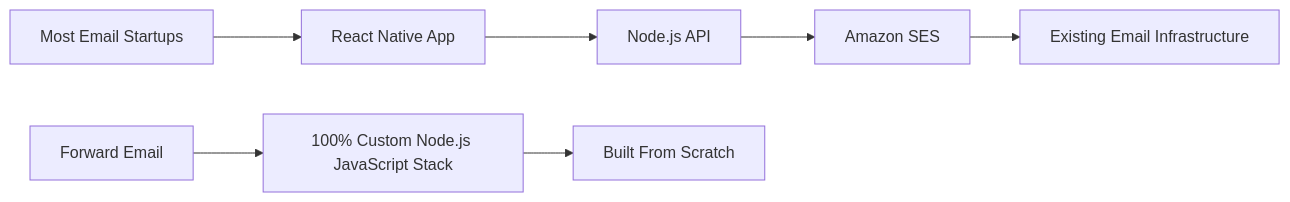
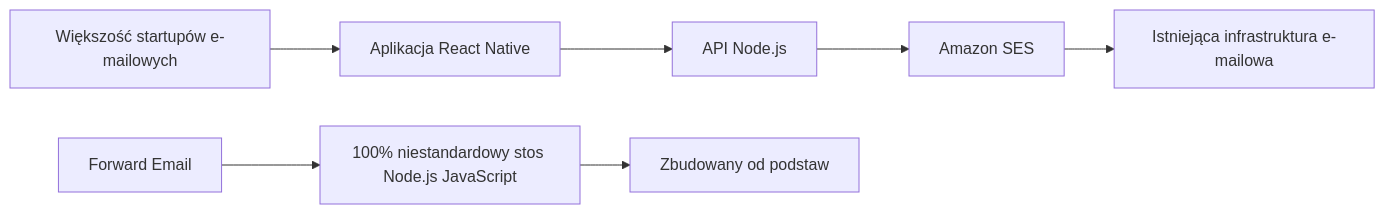
The fourth of 10 diagrams in app/views/docs/email-startup-graveyard-why-80-percent-email-companies-fail/index-pl.md (forwardemail/forwardemail.net), drawn with Mermaid before and after one commit. The commit also changed other lines of this file and 1055 other files, not shown here.

````diff
--- a/app/views/docs/email-startup-graveyard-why-80-percent-email-companies-fail/index-pl.md
+++ b/app/views/docs/email-startup-graveyard-why-80-percent-email-companies-fail/index-pl.md
@@ -301,10 +301,10 @@
 ```mermaid
 graph LR
-    A[Most Email Startups] --> B[React Native App]
-    B --> C[Node.js API]
+    A[Większość startupów e-mailowych] --> B[Aplikacja React Native]
+    B --> C[API Node.js]
     C --> D[Amazon SES]
-    D --> E[Existing Email Infrastructure]
+    D --> E[Istniejąca infrastruktura e-mailowa]
 
-    F[Forward Email] --> G[100% Custom Node.js JavaScript Stack]
-    G --> H[Built From Scratch]
+    F[Forward Email] --> G[100% niestandardowy stos Node.js JavaScript]
+    G --> H[Zbudowany od podstaw]
 ```
````
